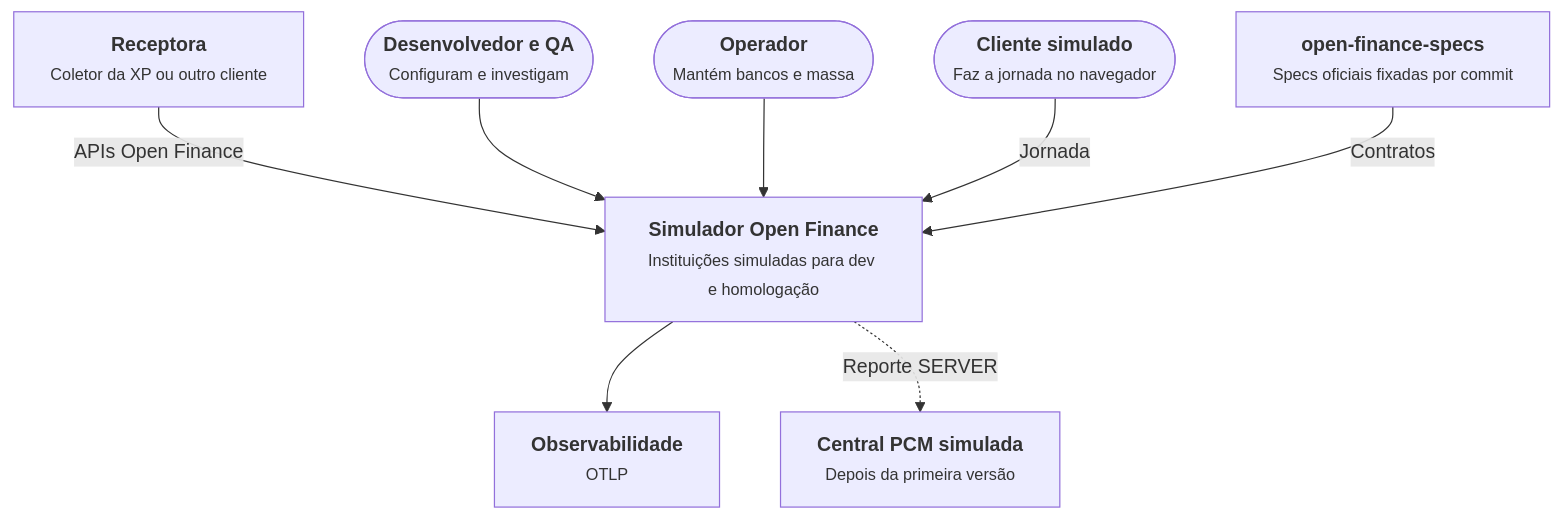
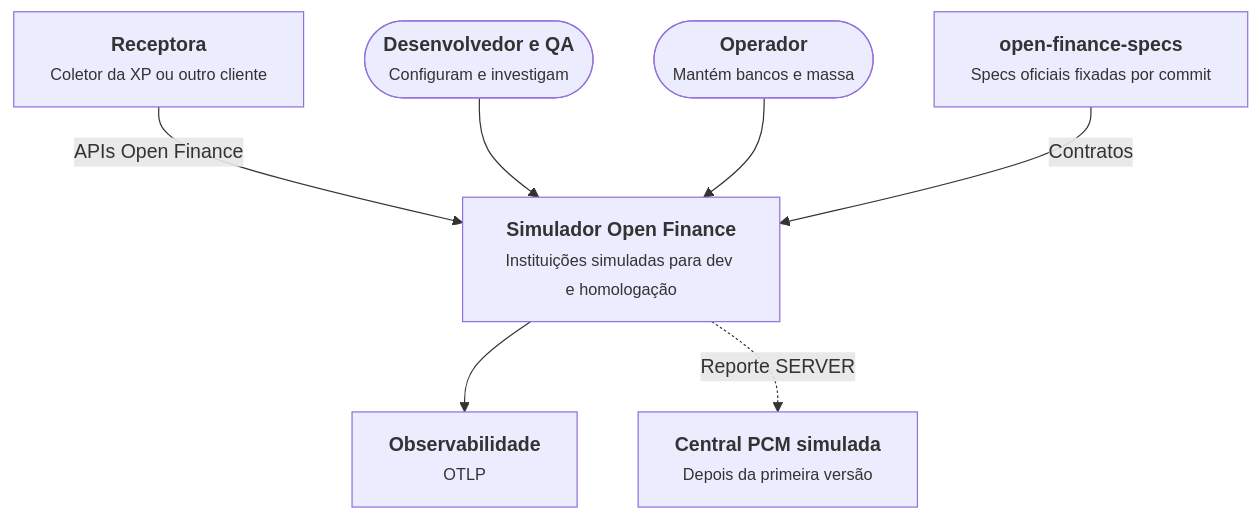
Before and after one commit to marcelosotto/open-finance-simulator: the diagram in docs/02-arquitetura/c4/C1-contexto.md, drawn with Mermaid. The commit also changed 30 other files, not shown here.

````diff
--- a/docs/02-arquitetura/c4/C1-contexto.md
+++ b/docs/02-arquitetura/c4/C1-contexto.md
@@ -7,21 +7,19 @@
 ```mermaid
 flowchart TB
   dev(["<b>Desenvolvedor e QA</b><br/><small>Configuram e investigam</small>"])
   op(["<b>Operador</b><br/><small>Mantém bancos e massa</small>"])
-  cli(["<b>Cliente simulado</b><br/><small>Faz a jornada no navegador</small>"])
 
   sim["<b>Simulador Open Finance</b><br/><small>Instituições simuladas para dev e homologação</small>"]
 
   rec["<b>Receptora</b><br/><small>Coletor da XP ou outro cliente</small>"]
   specs["<b>open-finance-specs</b><br/><small>Specs oficiais fixadas por commit</small>"]
   obs["<b>Observabilidade</b><br/><small>OTLP</small>"]
   pcm["<b>Central PCM simulada</b><br/><small>Depois da primeira versão</small>"]
 
   rec -->|"APIs Open Finance"| sim
   dev --> sim
   op --> sim
-  cli -->|"Jornada"| sim
   specs -->|"Contratos"| sim
   sim --> obs
   sim -.->|"Reporte SERVER"| pcm
 ```
````
